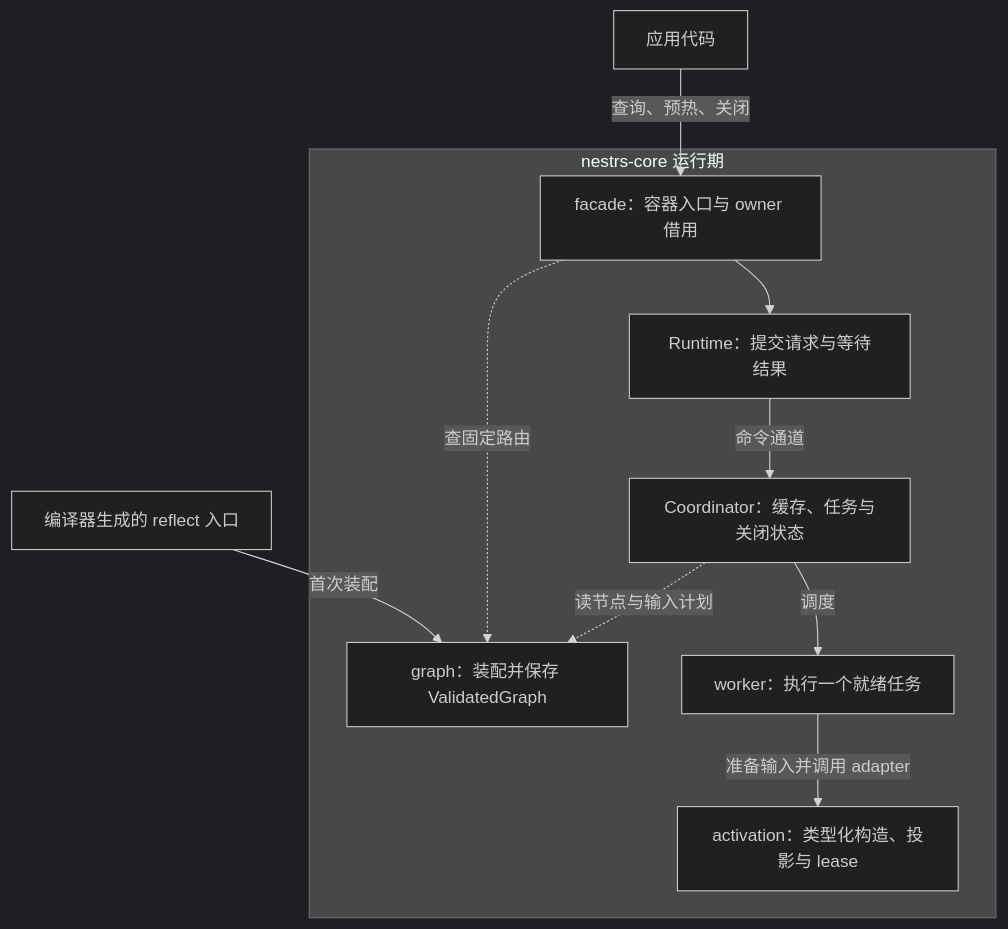
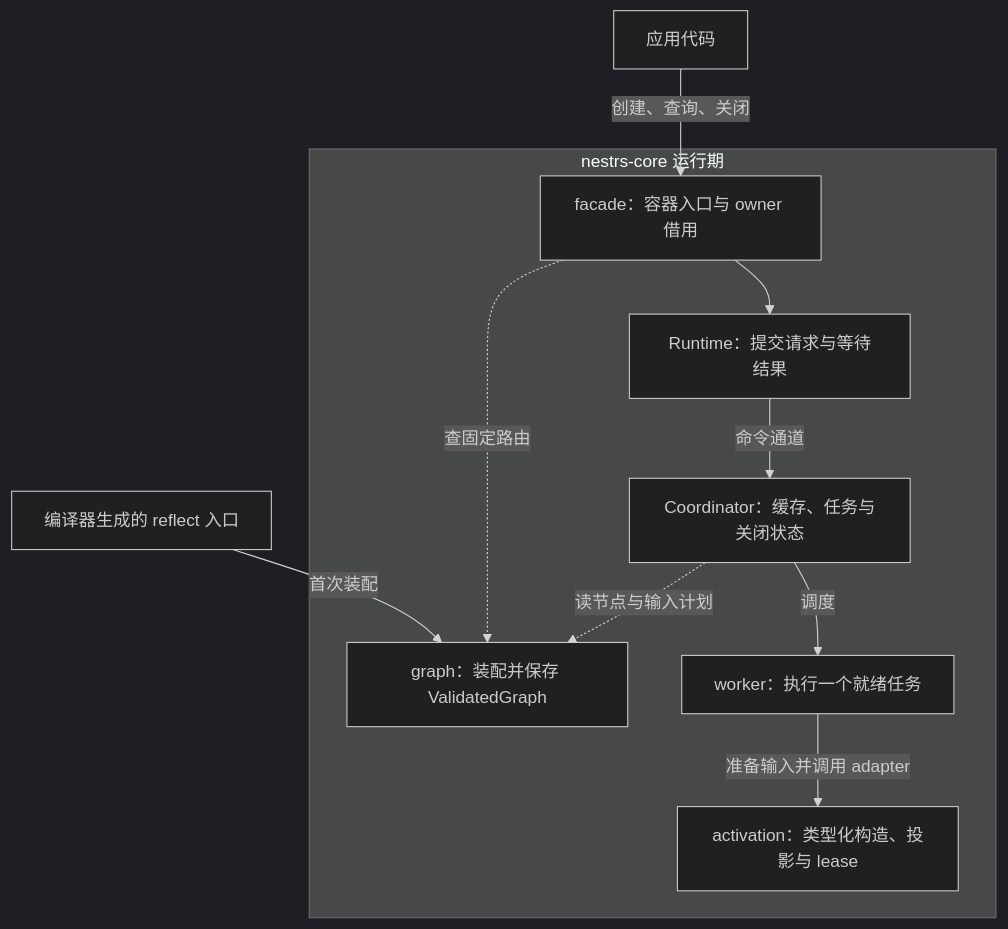
One commit to Fangfang2468/nestrs-framework changed the first of 10 diagrams in nestrs-core/README.md. Above: the diagram before and after it, drawn with Mermaid (dark theme). The commit also changed other lines of this file and 137 other files, not shown here.

````diff
--- a/nestrs-core/README.md
+++ b/nestrs-core/README.md
@@ -63,21 +63,21 @@
 ```mermaid
 flowchart TB
     compiledEntry["编译器生成的 reflect 入口"]
     application["应用代码"]
     subgraph coreRuntime["nestrs-core 运行期"]
         immutablePlan["graph：装配并保存 ValidatedGraph"]
         facadeApi["facade：容器入口与 owner 借用"]
         runtimeHandle["Runtime：提交请求与等待结果"]
         coordinator["Coordinator：缓存、任务与关闭状态"]
         worker["worker：执行一个就绪任务"]
         activation["activation：类型化构造、投影与 lease"]
     end
     compiledEntry -->|"首次装配"| immutablePlan
-    application -->|"查询、预热、关闭"| facadeApi
+    application -->|"创建、查询、关闭"| facadeApi
     facadeApi -.->|"查固定路由"| immutablePlan
     facadeApi --> runtimeHandle
     runtimeHandle -->|"命令通道"| coordinator
     coordinator -.->|"读节点与输入计划"| immutablePlan
     coordinator -->|"调度"| worker
     worker -->|"准备输入并调用 adapter"| activation
 ```
````
